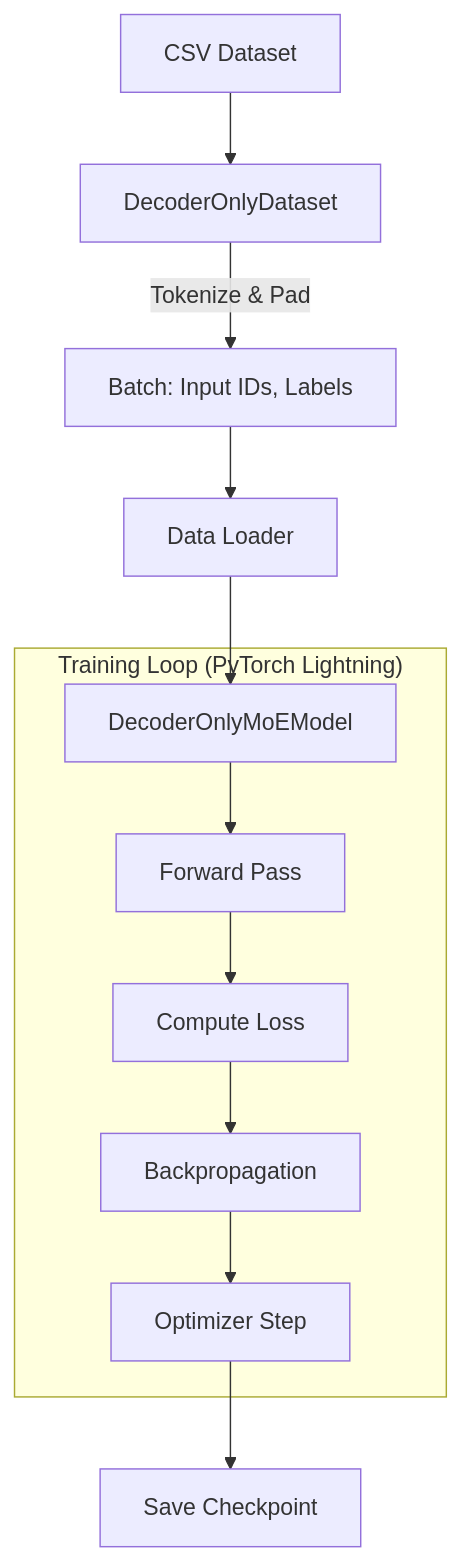
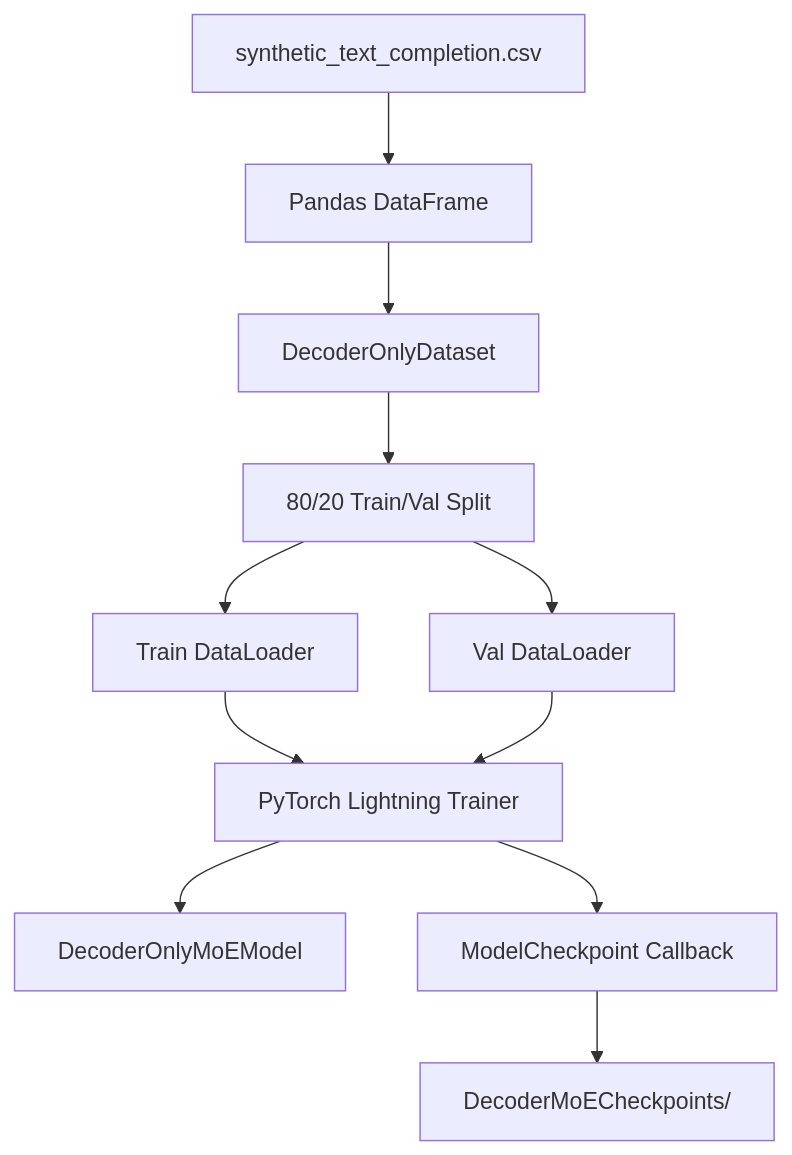
One commit to ambideXtrous9/Transformer-from-Scratch changed the diagram in docs/DecoderMoETrainer.md. Above: the diagram before and after it, drawn with Mermaid. The commit also changed other lines of this file and 14 other files, not shown here.

````diff
--- a/docs/DecoderMoETrainer.md
+++ b/docs/DecoderMoETrainer.md
@@ -23,17 +20,13 @@
 ```mermaid
 graph TD
-    CSV[CSV Dataset] --> Dataset[DecoderOnlyDataset]
-    Dataset --> |Tokenize & Pad| Batch[Batch: Input IDs, Labels]
-    Batch --> DataLoader[Data Loader]
+    CSV[synthetic_text_completion.csv] --> DF[Pandas DataFrame]
+    DF --> Dataset[DecoderOnlyDataset]
+    Dataset --> Split[80/20 Train/Val Split]
+    Split --> TrainLoader[Train DataLoader]
+    Split --> ValLoader[Val DataLoader]
     
-    DataLoader --> Model[DecoderOnlyMoEModel]
-    
-    subgraph "Training Loop (PyTorch Lightning)"
-        Model --> Forward[Forward Pass]
-        Forward --> Loss[Compute Loss]
-        Loss --> Backprop[Backpropagation]
-        Backprop --> Opt[Optimizer Step]
-    end
-    
-    Opt --> Checkpoint[Save Checkpoint]
+    TrainLoader & ValLoader --> Trainer[PyTorch Lightning Trainer]
+    Trainer --> Model[DecoderOnlyMoEModel]
+    Trainer --> Checkpoint[ModelCheckpoint Callback]
+    Checkpoint --> Disk[DecoderMoECheckpoints/]
 ```
````
